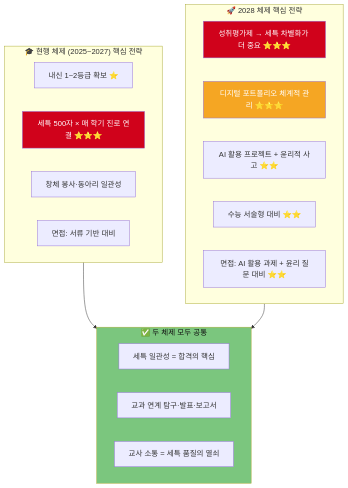
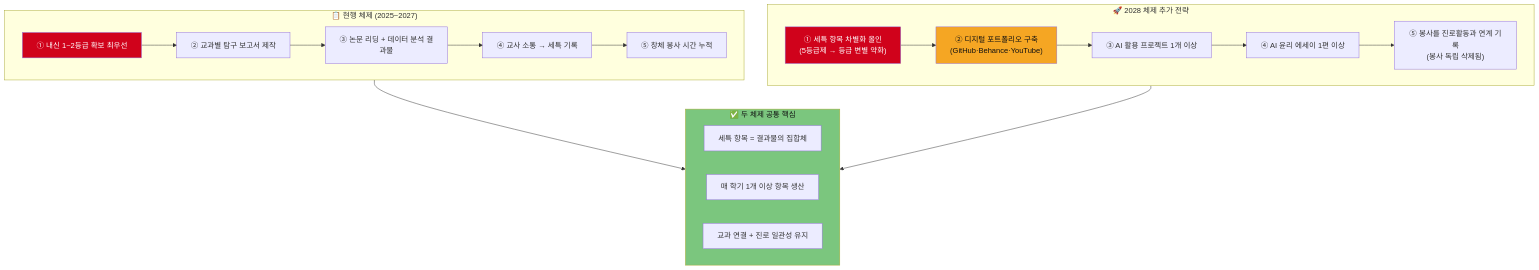
The fifth of 7 diagrams in documents/실전예시/학생부종합_생기부_완전가이드_하.md (Collegenie-X/AI-career-path), drawn with Mermaid before and after one commit. The commit also changed other lines of this file and 12 other files, not shown here.

````diff
--- a/documents/실전예시/학생부종합_생기부_완전가이드_하.md
+++ b/documents/실전예시/학생부종합_생기부_완전가이드_하.md
@@ -519,31 +389,34 @@
 ```mermaid
 flowchart TD
-    subgraph NOW["🎓 현행 체제 (2025~2027) 핵심 전략"]
-        N1["내신 1~2등급 확보 ⭐"]
-        N2["세특 500자 × 매 학기 진로 연결 ⭐⭐⭐"]
-        N3["창체 봉사·동아리 일관성"]
-        N4["면접: 서류 기반 대비"]
+    subgraph NOW["📋 현행 체제 (2025~2027)"]
+        N1["① 내신 1~2등급 확보 최우선"]
+        N2["② 교과별 탐구 보고서 제작"]
+        N3["③ 논문 리딩 + 데이터 분석 결과물"]
+        N4["④ 교사 소통 → 세특 기록"]
+        N5["⑤ 창체 봉사 시간 누적"]
+        N1 --> N2 --> N3 --> N4 --> N5
     end
 
-    subgraph FUTURE["🚀 2028 체제 핵심 전략"]
-        F1["성취평가제 → 세특 차별화가 더 중요 ⭐⭐⭐"]
-        F2["디지털 포트폴리오 체계적 관리 ⭐⭐⭐"]
-        F3["AI 활용 프로젝트 + 윤리적 사고 ⭐⭐"]
-        F4["수능 서술형 대비 ⭐⭐"]
-        F5["면접: AI 활용 과제 + 윤리 질문 대비 ⭐⭐"]
+    subgraph FUTURE["🚀 2028 체제 추가 전략"]
+        F1["① 세특 항목 차별화 올인<br>(5등급제 → 등급 변별 약화)"]
+        F2["② 디지털 포트폴리오 구축<br>(GitHub·Behance·YouTube)"]
+        F3["③ AI 활용 프로젝트 1개 이상"]
+        F4["④ AI 윤리 에세이 1편 이상"]
+        F5["⑤ 봉사를 진로활동과 연계 기록<br>(봉사 독립 삭제됨)"]
+        F1 --> F2 --> F3 --> F4 --> F5
     end
 
-    subgraph BOTH["✅ 두 체제 모두 공통"]
-        B1["세특 일관성 = 합격의 핵심"]
-        B2["교과 연계 탐구·발표·보고서"]
-        B3["교사 소통 = 세특 품질의 열쇠"]
+    subgraph BOTH["✅ 두 체제 공통 핵심"]
+        B1["세특 항목 = 결과물의 집합체"]
+        B2["매 학기 1개 이상 항목 생산"]
+        B3["교과 연결 + 진로 일관성 유지"]
     end
 
     NOW --> BOTH
     FUTURE --> BOTH
 
-    style N2 fill:#D0021B,color:#fff
+    style N1 fill:#D0021B,color:#fff
     style F1 fill:#D0021B,color:#fff
-    style F2 fill:#F5A623,color:#fff
+    style F2 fill:#F5A623,color:#111
     style BOTH fill:#7BC67E,color:#111
 ```
````
